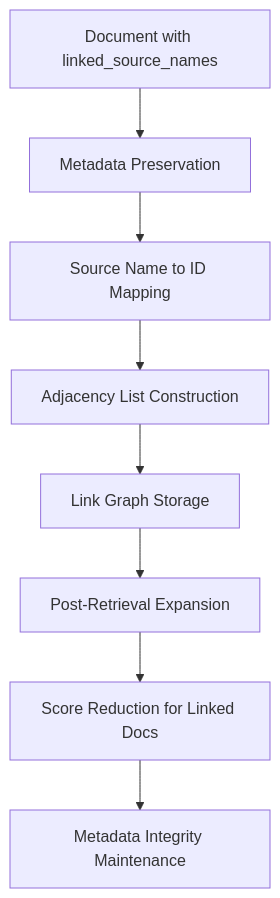
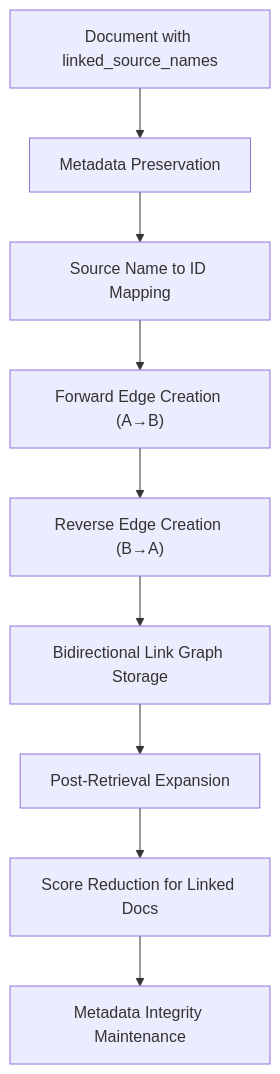
The fourth of 7 diagrams in .qoder/repowiki/en/content/Knowledge Management/Knowledge Ingestion Pipeline.md (intellistream/sage-mate), drawn with Mermaid before and after one commit. The commit also changed other lines of this file and 115 other files, not shown here.

````diff
--- a/.qoder/repowiki/en/content/Knowledge Management/Knowledge Ingestion Pipeline.md
+++ b/.qoder/repowiki/en/content/Knowledge Management/Knowledge Ingestion Pipeline.md
@@ -216,10 +238,11 @@
 ```mermaid
 flowchart TD
 A["Document with linked_source_names"] --> B["Metadata Preservation"]
 B --> C["Source Name to ID Mapping"]
-C --> D["Adjacency List Construction"]
-D --> E["Link Graph Storage"]
-E --> F["Post-Retrieval Expansion"]
-F --> G["Score Reduction for Linked Docs"]
-G --> H["Metadata Integrity Maintenance"]
+C --> D["Forward Edge Creation (A→B)"]
+D --> E["Reverse Edge Creation (B→A)"]
+E --> F["Bidirectional Link Graph Storage"]
+F --> G["Post-Retrieval Expansion"]
+G --> H["Score Reduction for Linked Docs"]
+H --> I["Metadata Integrity Maintenance"]
 ```
````
